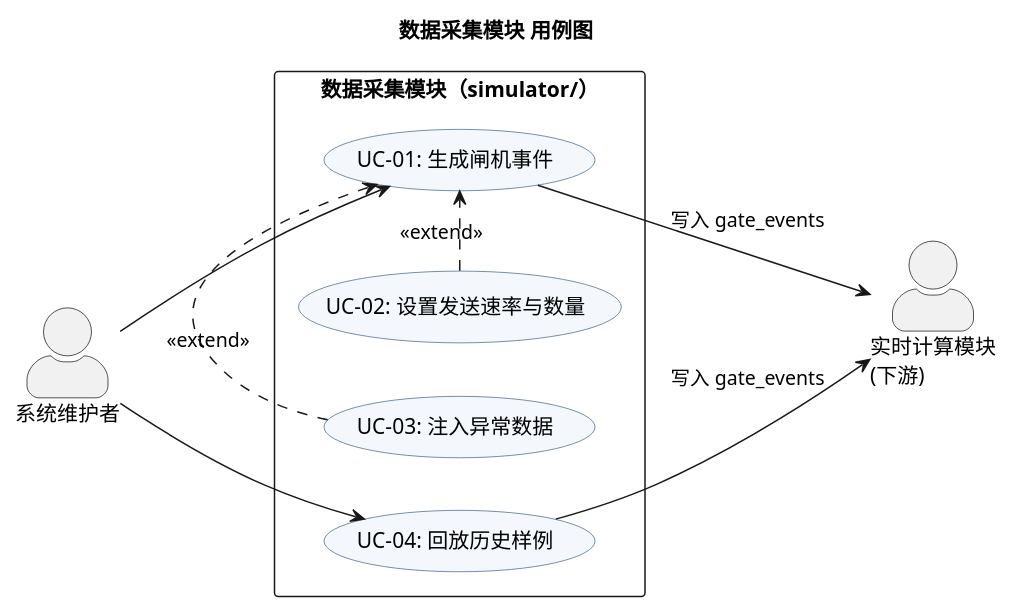
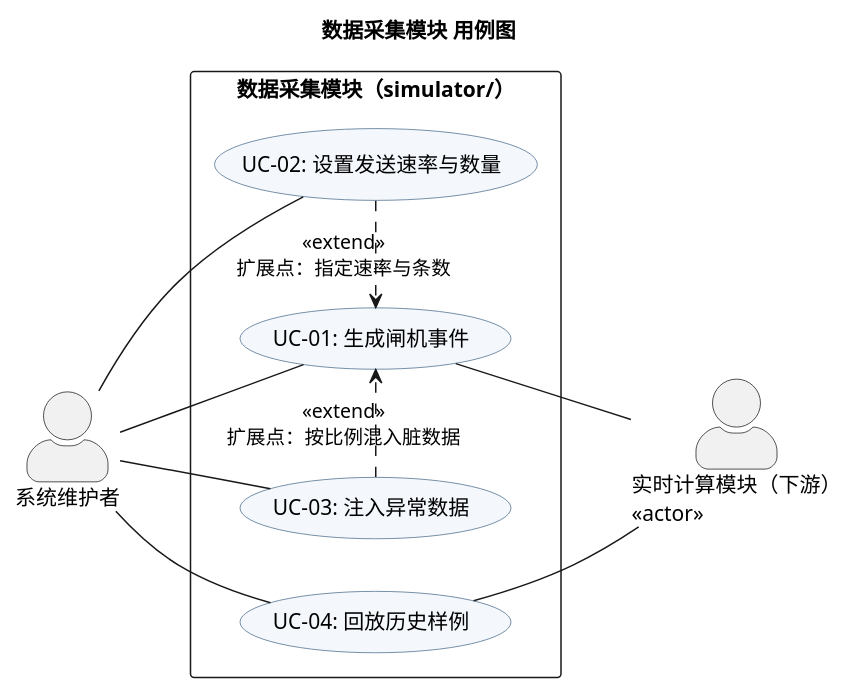
The diagram in docs/03-建模/02-用例图-数据采集.puml (Xuzhaopu04/metro-flow-dashboard), drawn with PlantUML before and after one commit. The commit also changed 13 other files, not shown here.

First line of the commit message:
docs(建模): 七张图按需求工程建模规范重绘

```diff
--- a/docs/03-建模/02-用例图-数据采集.puml
+++ b/docs/03-建模/02-用例图-数据采集.puml
@@ -1,30 +1,55 @@
 @startuml 02-用例图-数据采集
+' =====================================================================
+' 产物：数据采集模块 精化用例图（对应 UC-01～UC-04）
+' 规范：references/01 §2–§5 + §5.2 判定表
+' 规模：2 参与者 / 4 用例 → 未超阈值（06 §1）
+'
+' 节点清单
+'   参与者  系统维护者（人）｜实时计算模块（下游，外部系统 «actor»）
+'   用例    UC-01 生成闸机事件｜UC-02 设置发送速率与数量
+'           UC-03 注入异常数据｜UC-04 回放历史样例
+' 边清单
+'   系统维护者   — UC-01、UC-02、UC-03、UC-04   （关联，无箭头）
+'   实时计算模块 — UC-01、UC-04                 （关联，无箭头）
+'   UC-02 «extend» → UC-01   扩展点：指定速率与条数
+'   UC-03 «extend» → UC-01   扩展点：按比例混入脏数据
+' 修正说明
+'   1. 所有关联去掉箭头；原图的"写入 gate_events"是数据流，不是关联语义，
+'      移到图注（01 §3 硬规则 2）。
+'   2. UC-02、UC-03 原图无参与者关联，补上系统维护者（01 §3 硬规则 1：
+'      每个用例至少一个参与者）。
+'   3. UC-01 与 UC-04 的产出都写入事件队列 gate_events，属数据流而非关联，
+'      不在图上标注，去向见《数据流图》与《接口契约》第 2.1 节。
+' =====================================================================
 title 数据采集模块 用例图
 left to right direction
 skinparam shadowing false
+skinparam defaultFontName "Microsoft YaHei"
 skinparam actorStyle awesome
 skinparam packageStyle rectangle
 skinparam usecase {
   BackgroundColor #F4F8FD
   BorderColor #4A6B8A
 }
 
 actor "系统维护者" as ops
-actor "实时计算模块\n(下游)" as calc
+actor "实时计算模块（下游）\n«actor»" as calc
 
 rectangle "数据采集模块（simulator/）" {
   usecase "UC-01: 生成闸机事件" as UC01
   usecase "UC-02: 设置发送速率与数量" as UC02
   usecase "UC-03: 注入异常数据" as UC03
   usecase "UC-04: 回放历史样例" as UC04
 }
 
-ops --> UC01
-ops --> UC04
+ops -- UC01
+ops -- UC02
+ops -- UC03
+ops -- UC04
 
-UC02 .> UC01 : <<extend>>
-UC03 .> UC01 : <<extend>>
+UC01 -- calc
+UC04 -- calc
 
-UC01 --> calc : 写入 gate_events
-UC04 --> calc : 写入 gate_events
+UC02 .> UC01 : <<extend>>\n扩展点：指定速率与条数
+UC03 .> UC01 : <<extend>>\n扩展点：按比例混入脏数据
 @enduml
```
